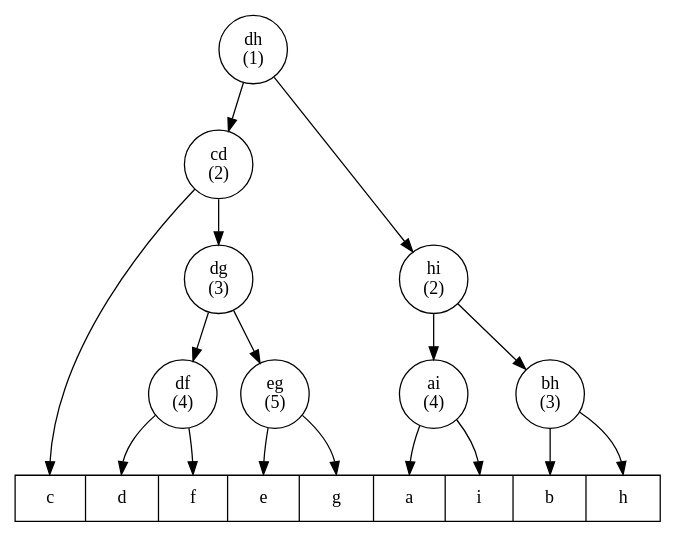
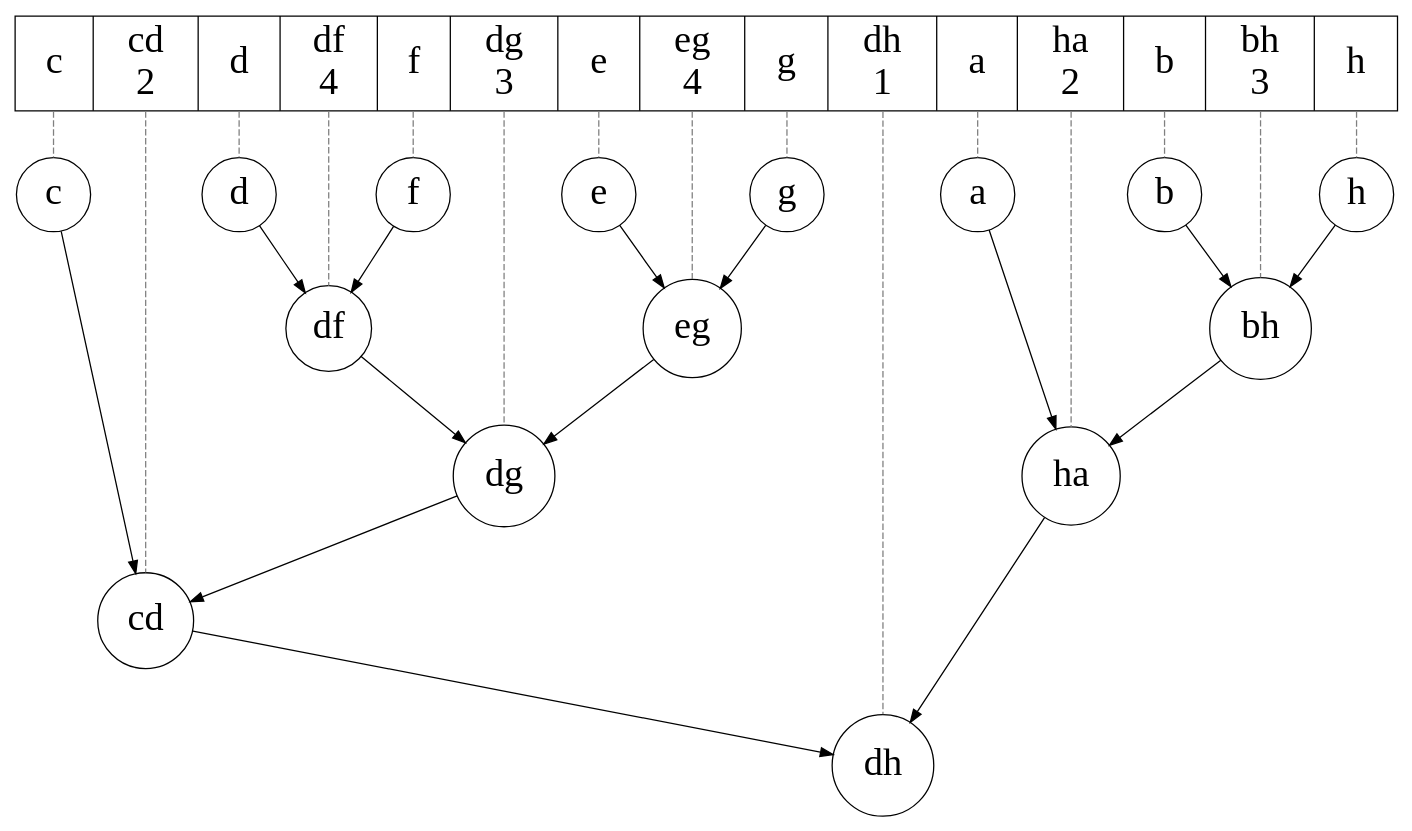
The fifth of 6 diagrams in _posts/2019-05-28-edge-trees.md (ralismark/ralismark.github.io), drawn with Graphviz before and after one commit. The commit also changed other lines of this file, not shown here.

Commit message:
Rewrite edge tree article

````diff
--- a/_posts/2019-05-28-edge-trees.md
+++ b/_posts/2019-05-28-edge-trees.md
@@ -146,15 +152,43 @@
 ```dot
 digraph {
-	node [shape=record];
-	ar [label="<c> c | <d> d | <f> f | <e> e | <g> g | <a> a | <i> i | <b> b | <h> h", width=7];
+	node [shape=record,fontsize=30];
+	ar [label="<c> c | <cd> cd\n2 | <d> d | <df> df\n4 | <f> f | <dg> dg\n3 | <e> e | <eg> eg\n4 | <g> g | <dh> dh\n1 | <a> a | <ha> ha\n2 | <b> b | <bh> bh\n3 | <h> h", width=15];
+
 	node [shape=circle];
-	df [label="df\n(4)"]; df -> ar:d; df -> ar:f;
-	dg [label="dg\n(3)"]; dg -> df;   dg -> eg;
-	eg [label="eg\n(5)"]; eg -> ar:e; eg -> ar:g;
-	cd [label="cd\n(2)"]; cd -> dg;   cd -> ar:c;
-	dh [label="dh\n(1)"]; dh -> cd;   dh -> hi;
-	ai [label="ai\n(4)"]; ai -> ar:a; ai -> ar:i;
-	hi [label="hi\n(2)"]; hi -> ai;   hi -> bh;
-	bh [label="bh\n(3)"]; bh -> ar:b; bh -> ar:h;
+	subgraph tree {
+		cd -> dh;
+		ha -> dh;
+		dg -> cd;
+		bh -> ha;
+		df -> dg;
+		eg -> dg;
+		c -> cd;
+		d -> df;
+		f -> df;
+		e -> eg;
+		g -> eg;
+		a -> ha;
+		b -> bh;
+		h -> bh;
+	}
+
+	subgraph mapping {
+		edge [color=grey, dir=none, style=dashed, weight=100];
+		ar:dh -> dh;
+		ar:cd -> cd;
+		ar:ha -> ha;
+		ar:dg -> dg;
+		ar:bh -> bh;
+		ar:df -> df;
+		ar:eg -> eg;
+		ar:c -> c;
+		ar:d -> d;
+		ar:f -> f;
+		ar:e -> e;
+		ar:g -> g;
+		ar:a -> a;
+		ar:b -> b;
+		ar:h -> h;
+	}
 }
 ```
````
